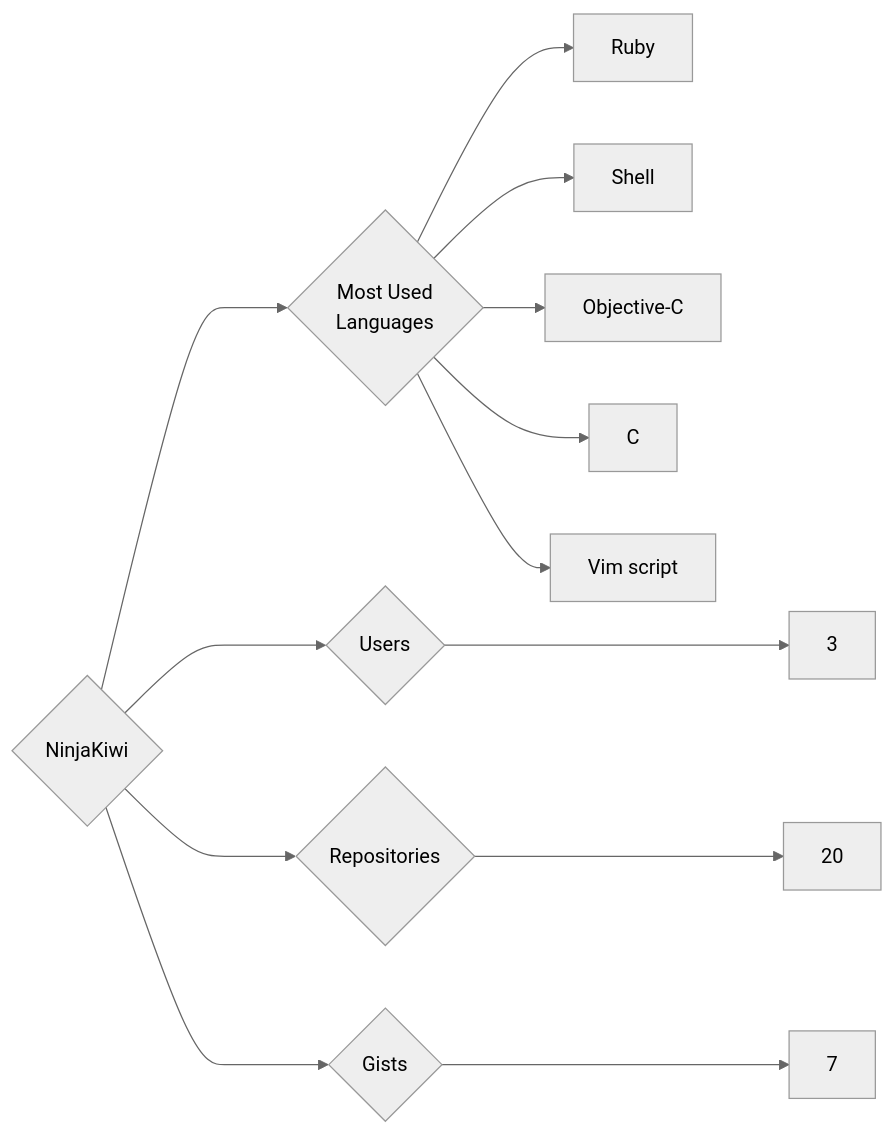
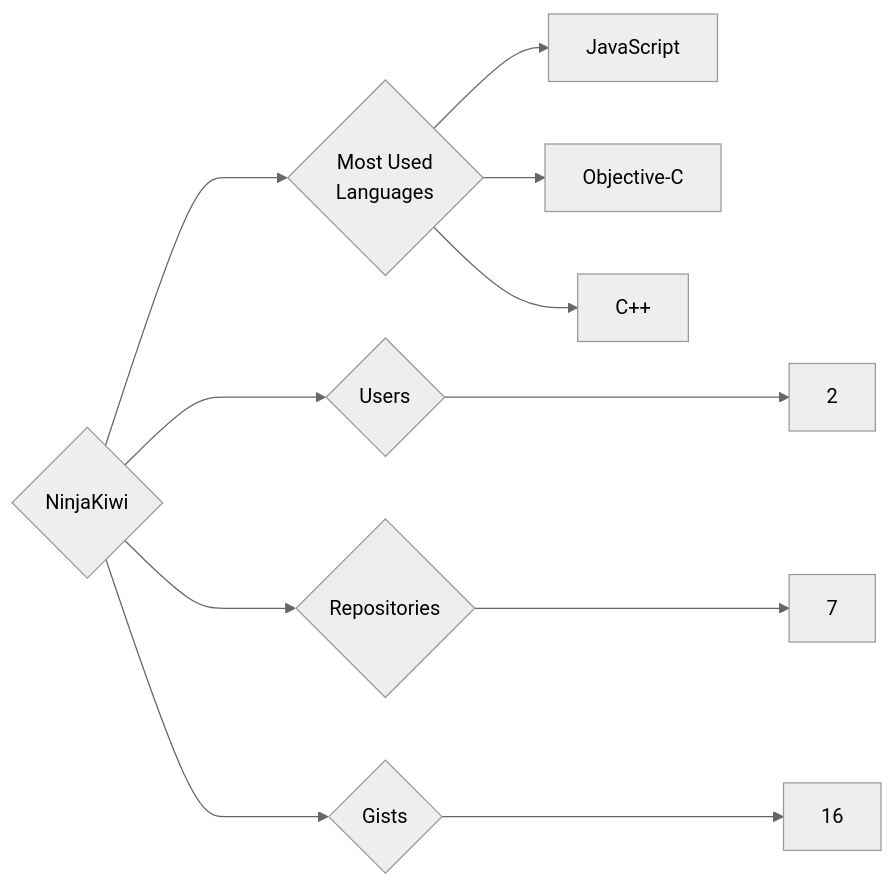
One commit to trickest/insiders changed the diagram in targets/NinjaKiwi/README.md. Above: the diagram before and after it, drawn with Mermaid (neutral theme). The commit also changed 939 other files, not shown here.

````diff
--- a/targets/NinjaKiwi/README.md
+++ b/targets/NinjaKiwi/README.md
@@ -3,13 +3,11 @@
 ```mermaid
 graph LR
 COMPANY_NAME{NinjaKiwi}
-COMPANY_NAME ---> U{Users} ---> UN[3]
-COMPANY_NAME ---> R{Repositories} ---> RN[20]
-COMPANY_NAME ---> G{Gists} ---> GN[7]
+COMPANY_NAME ---> U{Users} ---> UN[2]
+COMPANY_NAME ---> R{Repositories} ---> RN[7]
+COMPANY_NAME ---> G{Gists} ---> GN[16]
 COMPANY_NAME ---> ML{Most Used<br>Languages}
-ML --> Ruby[Ruby]
-ML --> Shell[Shell]
+ML --> JavaScript[JavaScript]
 ML --> Objective-C[Objective-C]
-ML --> C[C]
-ML --> Vim_script[Vim script]
+ML --> C++[C++]
 ```
````
